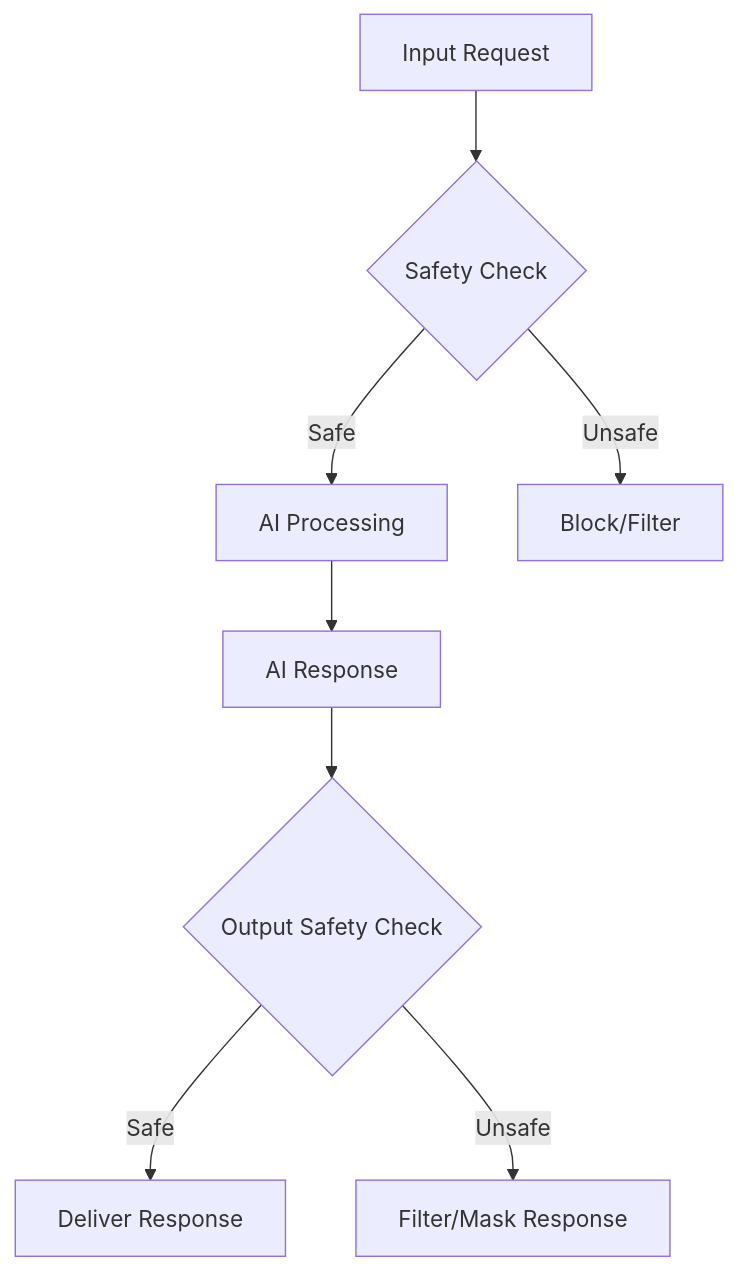
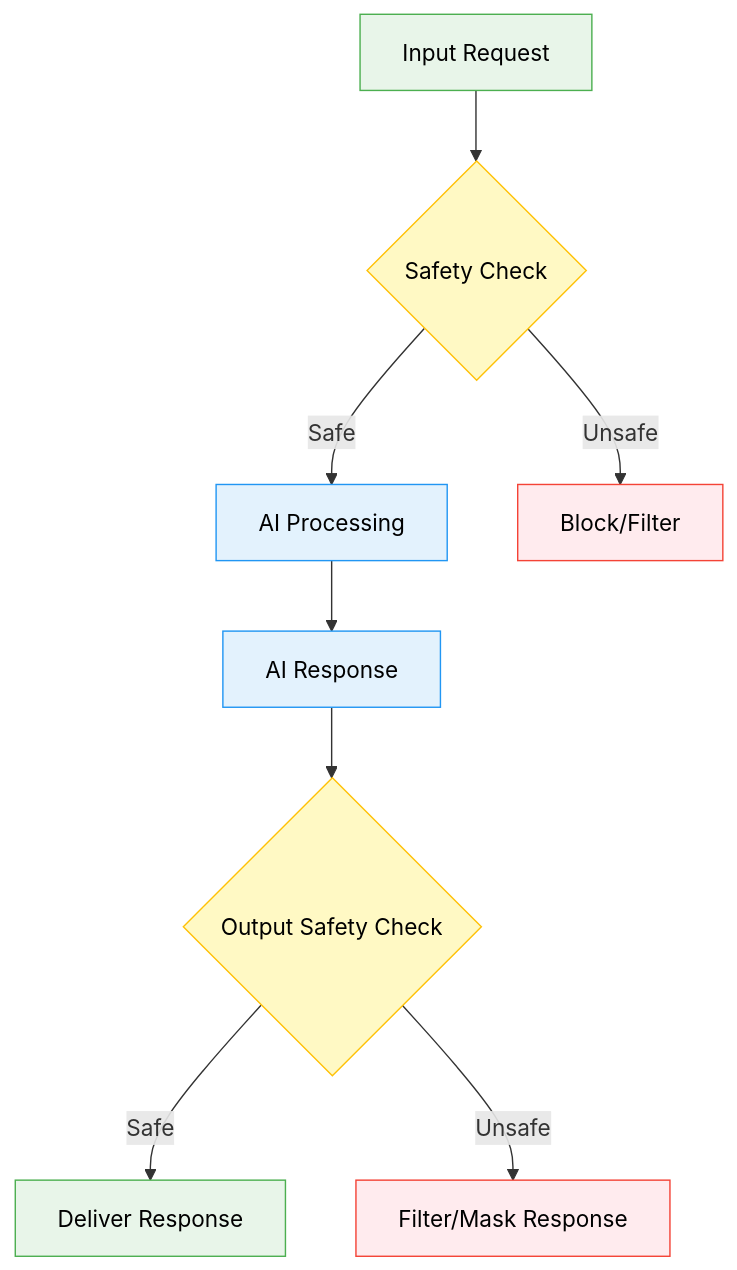
Before and after one commit to mtkresearch/BreezeApp-engine: the fifth of 6 diagrams in docs/ARCHITECTURE.md, drawn with Mermaid. The commit also changed other lines of this file and 1 other file, not shown here.

Commit message:
Enhance architecture documentation

````diff
--- a/docs/ARCHITECTURE.md
+++ b/docs/ARCHITECTURE.md
@@ -157,10 +157,19 @@
 ```mermaid
 graph TD
     A[Input Request] --> B{Safety Check}
     B -->|Safe| C[AI Processing]
     B -->|Unsafe| D[Block/Filter]
     C --> E[AI Response]
     E --> F{Output Safety Check}
     F -->|Safe| G[Deliver Response]
     F -->|Unsafe| H[Filter/Mask Response]
+
+    style A fill:#E8F5E9,stroke:#4CAF50,color:#000000
+    style B fill:#FFF9C4,stroke:#FFC107,color:#000000
+    style C fill:#E3F2FD,stroke:#2196F3,color:#000000
+    style D fill:#FFEBEE,stroke:#F44336,color:#000000
+    style E fill:#E3F2FD,stroke:#2196F3,color:#000000
+    style F fill:#FFF9C4,stroke:#FFC107,color:#000000
+    style G fill:#E8F5E9,stroke:#4CAF50,color:#000000
+    style H fill:#FFEBEE,stroke:#F44336,color:#000000
 ```
````
